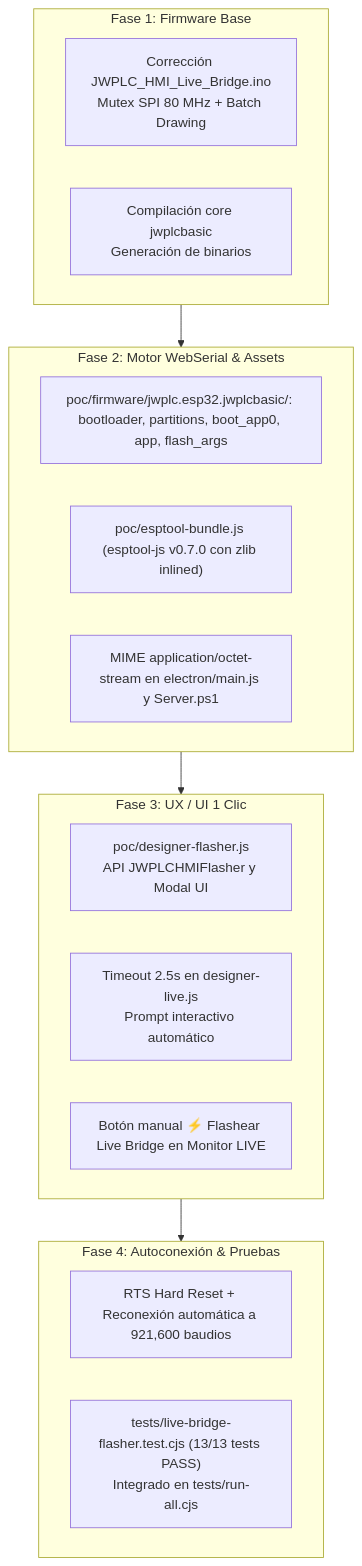
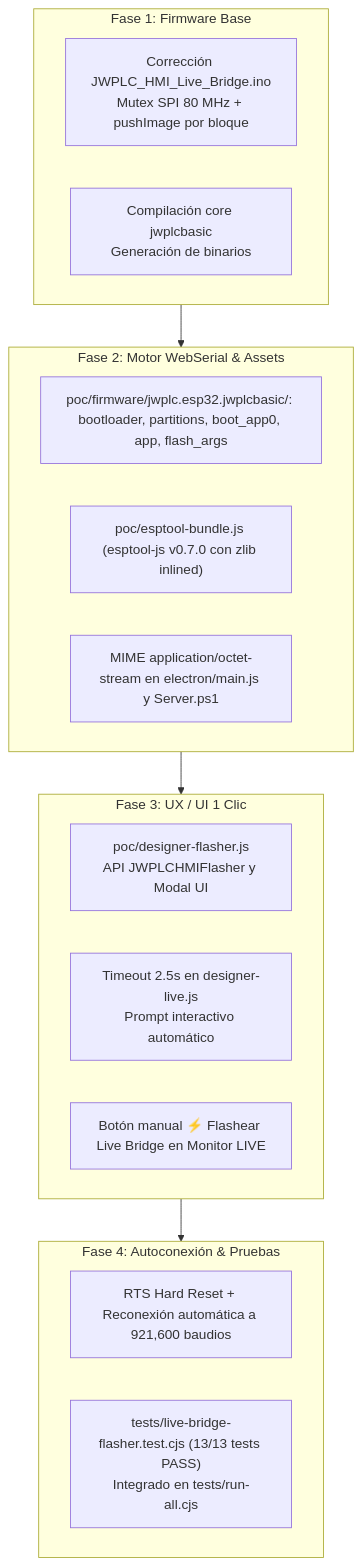
Before and after one commit to JW-Control/platform-jwplc: the diagram in tools/jwplc-hmi-designer/INFORME_CAMBIOS_FLASHER.md, drawn with Mermaid. The commit also changed other lines of this file and 12 other files, not shown here.

First line of the commit message:
perf(hmi-designer): LIVE más fluido con JWPLC_TFT.pushImage y protocolo v2 del bridge

````diff
--- a/tools/jwplc-hmi-designer/INFORME_CAMBIOS_FLASHER.md
+++ b/tools/jwplc-hmi-designer/INFORME_CAMBIOS_FLASHER.md
@@ -43,26 +46,26 @@
 ```mermaid
 flowchart TD
     subgraph Fase1["Fase 1: Firmware Base"]
-        FW["Corrección JWPLC_HMI_Live_Bridge.ino<br/>Mutex SPI 80 MHz + Batch Drawing"]
+        FW["Corrección JWPLC_HMI_Live_Bridge.ino<br/>Mutex SPI 80 MHz + pushImage por bloque"]
         BIN["Compilación core jwplcbasic<br/>Generación de binarios"]
     end
 
     subgraph Fase2["Fase 2: Motor WebSerial & Assets"]
         ASSETS["poc/firmware/jwplc.esp32.jwplcbasic/: bootloader, partitions, boot_app0, app, flash_args"]
         ESPTOOL["poc/esptool-bundle.js (esptool-js v0.7.0 con zlib inlined)"]
         SERVER["MIME application/octet-stream en electron/main.js y Server.ps1"]
     end
 
     subgraph Fase3["Fase 3: UX / UI 1 Clic"]
         FLASHER_JS["poc/designer-flasher.js<br/>API JWPLCHMIFlasher y Modal UI"]
         DETECT["Timeout 2.5s en designer-live.js<br/>Prompt interactivo automático"]
         DIAG_BTN["Botón manual ⚡ Flashear Live Bridge en Monitor LIVE"]
     end
 
     subgraph Fase4["Fase 4: Autoconexión & Pruebas"]
         RESET["RTS Hard Reset + Reconexión automática a 921,600 baudios"]
         TESTS["tests/live-bridge-flasher.test.cjs (13/13 tests PASS)<br/>Integrado en tests/run-all.cjs"]
     end
 
     Fase1 --> Fase2 --> Fase3 --> Fase4
 ```
````
